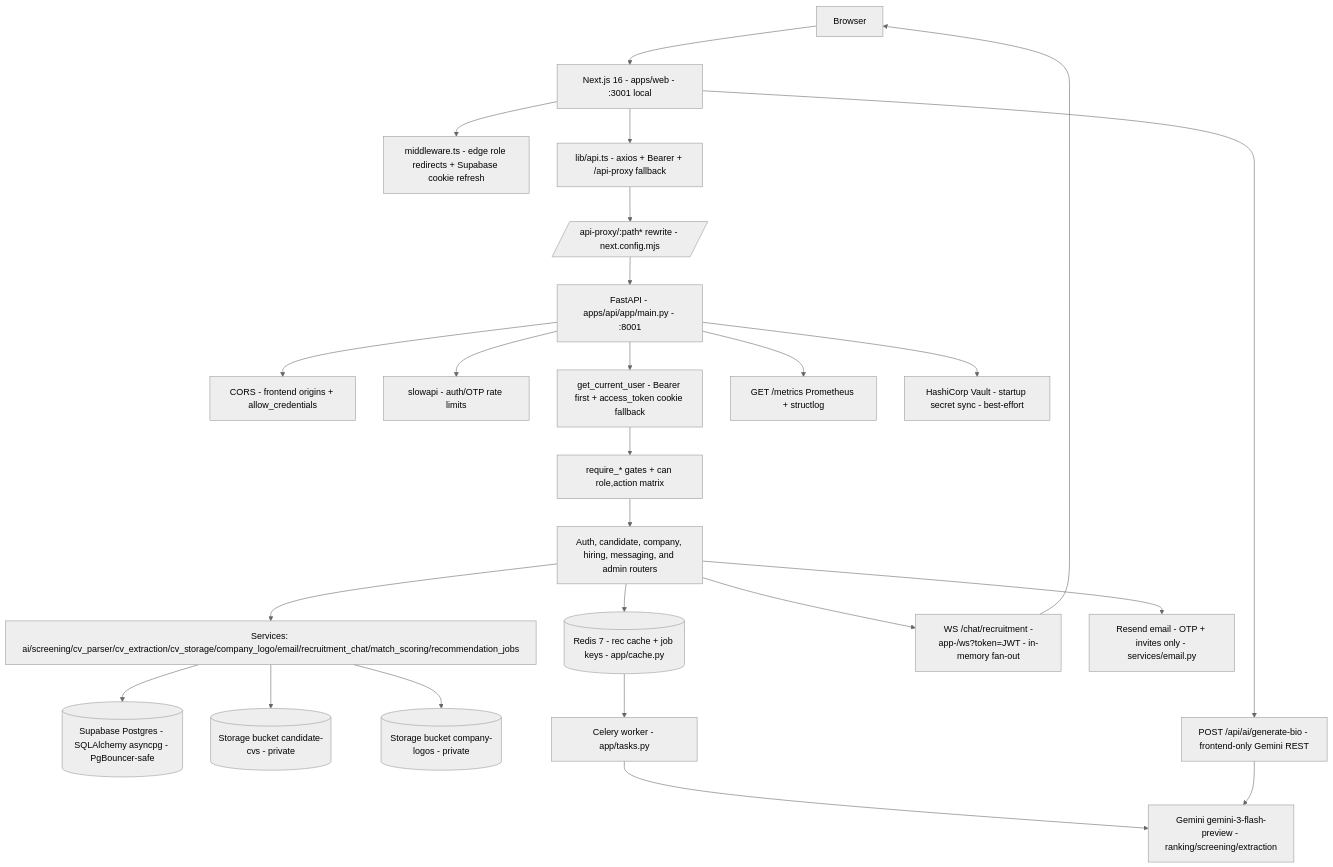
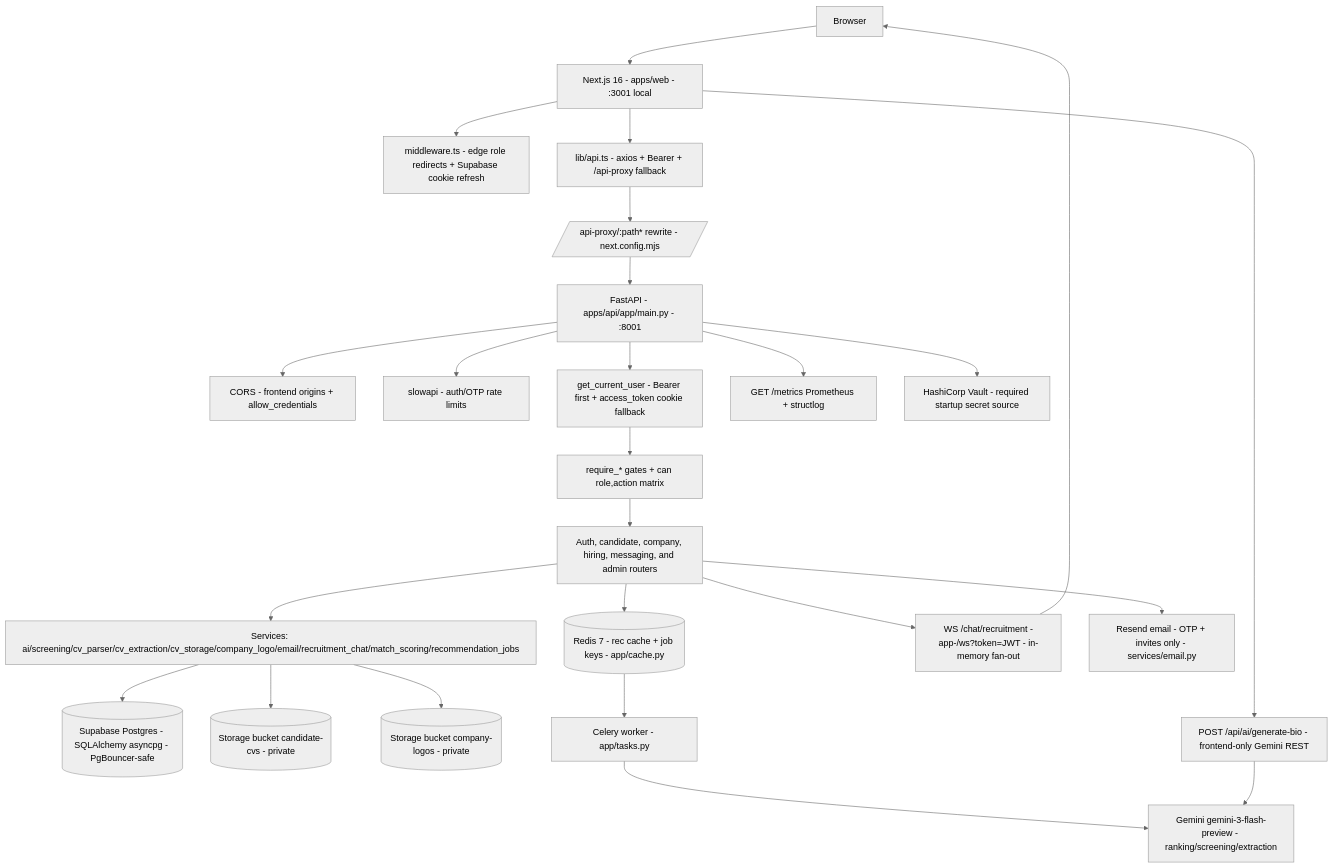
The second of 10 diagrams in README.md (aelasefa/coditent), drawn with Mermaid (neutral theme) before and after one commit. The commit also changed other lines of this file and 13 other files, not shown here.

````diff
--- a/README.md
+++ b/README.md
@@ -177,27 +180,27 @@
 ```mermaid
 flowchart TD
     Browser[Browser] --> Web[Next.js 16 - apps/web - :3001 local]
     Web --> MW[middleware.ts - edge role redirects + Supabase cookie refresh]
     Web --> APIClient[lib/api.ts - axios + Bearer + /api-proxy fallback]
     APIClient --> ProxyRewrite[/api-proxy/:path* rewrite - next.config.mjs/]
     ProxyRewrite --> API[FastAPI - apps/api/app/main.py - :8001]
     API --> CORS[CORS - frontend origins + allow_credentials]
     API --> RL[slowapi - auth/OTP rate limits]
     API --> AuthZ[get_current_user - Bearer first + access_token cookie fallback]
     AuthZ --> Gates[require_* gates + can role,action matrix]
     Gates --> Routers[Auth, candidate, company, hiring, messaging, and admin routers]
     Routers --> Services[Services: ai/screening/cv_parser/cv_extraction/cv_storage/company_logo/email/recruitment_chat/match_scoring/recommendation_jobs]
     Services --> PG[(Supabase Postgres - SQLAlchemy asyncpg - PgBouncer-safe)]
     Services --> CVStore[(Storage bucket candidate-cvs - private)]
     Services --> LogoStore[(Storage bucket company-logos - private)]
     Routers --> Redis[(Redis 7 - rec cache + job keys - app/cache.py)]
     Redis --> Worker[Celery worker - app/tasks.py]
     Worker --> Gemini[Gemini gemini-3-flash-preview - ranking/screening/extraction]
     Web --> BioAI[POST /api/ai/generate-bio - frontend-only Gemini REST]
     BioAI --> Gemini
     Routers --> WS[WS /chat/recruitment -app-/ws?token=JWT - in-memory fan-out]
     WS --> Browser
     Routers --> Resend[Resend email - OTP + invites only - services/email.py]
     API --> Metrics[GET /metrics Prometheus + structlog]
-    API --> Vault[HashiCorp Vault - startup secret sync - best-effort]
+    API --> Vault[HashiCorp Vault - required startup secret source]
 ```
````
